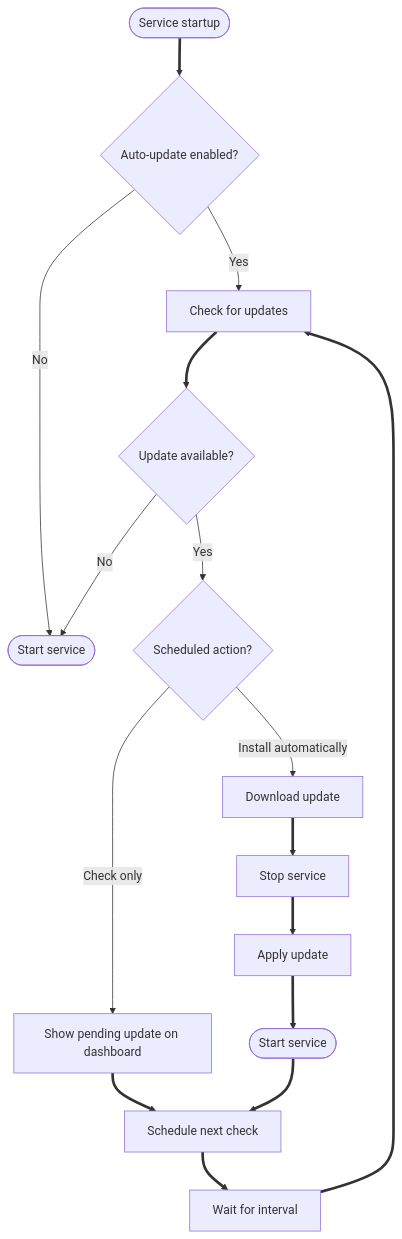
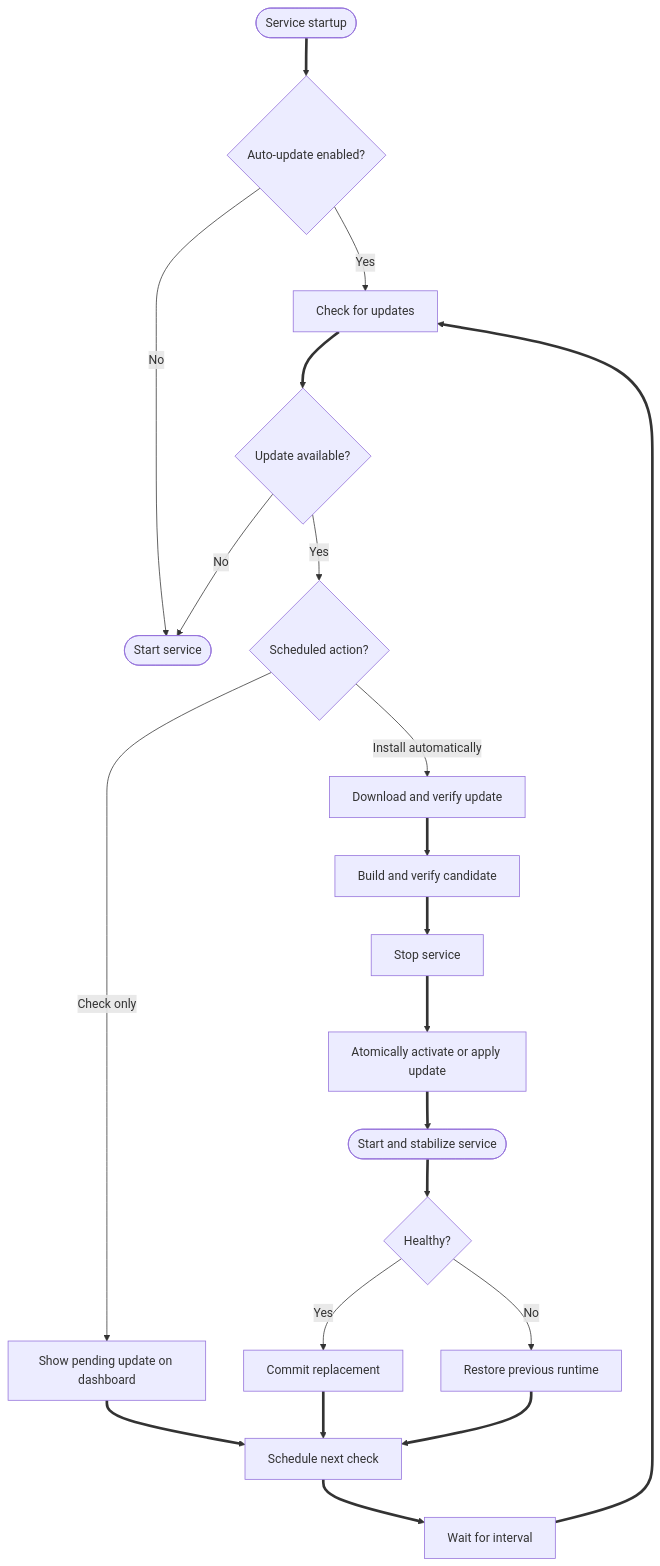
The diagram in docs/features/auto-update.md (I-am-PUID-0/DUMB_docs), drawn with Mermaid before and after one commit. The commit also changed other lines of this file and 7 other files, not shown here.

````diff
--- a/docs/features/auto-update.md
+++ b/docs/features/auto-update.md
@@ -29,33 +29,42 @@
 ```mermaid
 %%{ init: { "flowchart": { "curve": "basis" } } }%%
 flowchart TD
     A([Service startup])
     B{Auto-update enabled?}
     C[Check for updates]
     D([Start service])
     E{Update available?}
     F{Scheduled action?}
     L[Show pending update on dashboard]
-    M[Download update]
+    M[Download and verify update]
+    N[Build and verify candidate]
     G[Stop service]
-    H[Apply update]
-    I([Start service])
+    H[Atomically activate or apply update]
+    I([Start and stabilize service])
+    R{Healthy?}
+    S[Commit replacement]
+    T[Restore previous runtime]
     J[Schedule next check]
     K[Wait for interval]
 
     A ==> B
     B -- No --> D
     B -- Yes --> C
     C ==> E
     E -- No --> D
     E -- Yes --> F
     F -- Check only --> L
     L ==> J
     F -- Install automatically --> M
-    M ==> G
+    M ==> N
+    N ==> G
     G ==> H
     H ==> I
-    I ==> J
+    I ==> R
+    R -- Yes --> S
+    R -- No --> T
+    S ==> J
+    T ==> J
     J ==> K
     K ==> C
 ```
````
